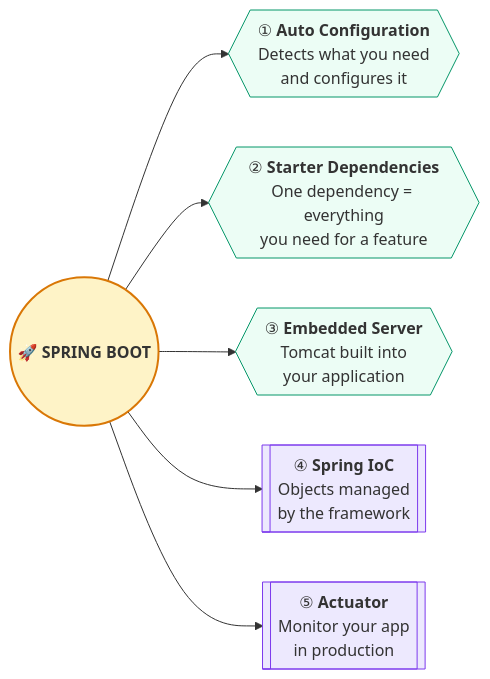
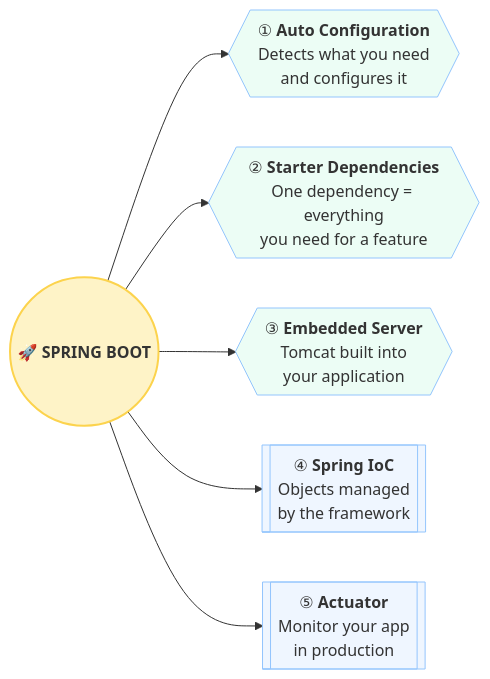
One commit to saivamsikaruturi/vamsilabs-dev-notes-main changed the fourth of 6 diagrams in docs/springboot/introduction.md. Above: the diagram before and after it, drawn with Mermaid. The commit also changed other lines of this file and 220 other files, not shown here.

First line of the commit message:
Add 50+ new Java/Spring Boot pages, rewrite CSS code blocks to Oracle style, fix all diagram colors

````diff
--- a/docs/springboot/introduction.md
+++ b/docs/springboot/introduction.md
@@ -86,16 +91,16 @@
 ```mermaid
 flowchart LR
     SB(("🚀 <b>SPRING BOOT</b>"))
     SB --> P1{{"① <b>Auto Configuration</b><br/>Detects what you need<br/>and configures it"}}
     SB --> P2{{"② <b>Starter Dependencies</b><br/>One dependency = everything<br/>you need for a feature"}}
     SB --> P3{{"③ <b>Embedded Server</b><br/>Tomcat built into<br/>your application"}}
     SB --> P4[["④ <b>Spring IoC</b><br/>Objects managed<br/>by the framework"]]
     SB --> P5[["⑤ <b>Actuator</b><br/>Monitor your app<br/>in production"]]
 
-    style SB fill:#FEF3C7,stroke:#D97706,stroke-width:2px
-    style P1 fill:#ECFDF5,stroke:#059669
-    style P2 fill:#ECFDF5,stroke:#059669
-    style P3 fill:#ECFDF5,stroke:#059669
-    style P4 fill:#EDE9FE,stroke:#7C3AED
-    style P5 fill:#EDE9FE,stroke:#7C3AED
+    style SB fill:#FEF3C7,stroke:#FCD34D,stroke-width:2px
+    style P1 fill:#ECFDF5,stroke:#93C5FD
+    style P2 fill:#ECFDF5,stroke:#93C5FD
+    style P3 fill:#ECFDF5,stroke:#93C5FD
+    style P4 fill:#EFF6FF,stroke:#93C5FD
+    style P5 fill:#EFF6FF,stroke:#93C5FD
 ```
````
